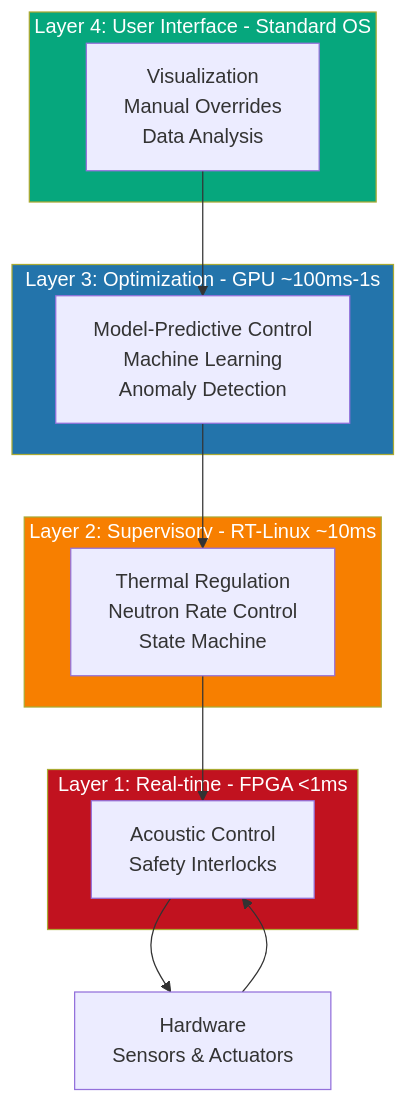
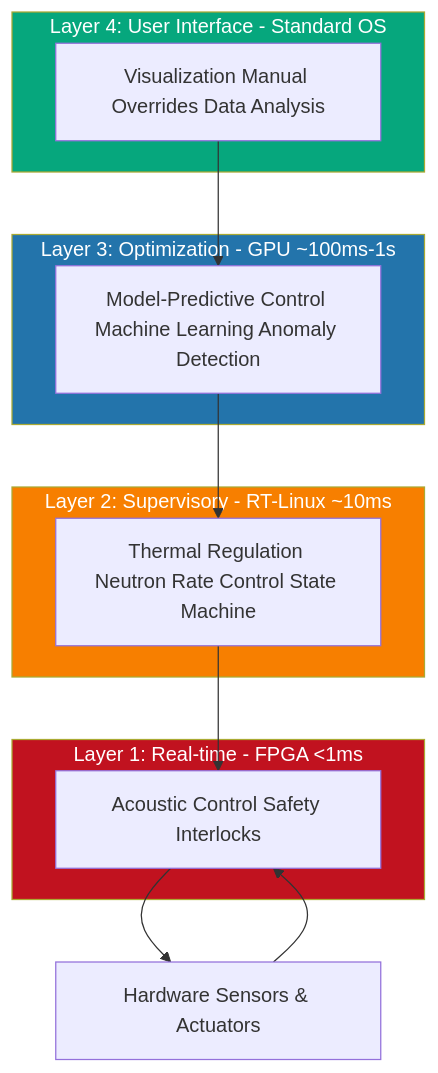
One commit to szemkoff/LAFRES changed the eighth of 11 diagrams in website/docs/system-architecture.md. Above: the diagram before and after it, drawn with Mermaid. The commit also changed other lines of this file and 7 other files, not shown here.

First line of the commit message:
Fix Mermaid diagram syntax - remove br tags

````diff
--- a/website/docs/system-architecture.md
+++ b/website/docs/system-architecture.md
@@ -400,29 +400,29 @@
 ```mermaid
 graph TB
     subgraph L4[Layer 4: User Interface - Standard OS]
-        UI[Visualization<br/>Manual Overrides<br/>Data Analysis]
+        UI[Visualization Manual Overrides Data Analysis]
     end
     
     subgraph L3[Layer 3: Optimization - GPU ~100ms-1s]
-        OPT[Model-Predictive Control<br/>Machine Learning<br/>Anomaly Detection]
+        OPT[Model-Predictive Control Machine Learning Anomaly Detection]
     end
     
     subgraph L2[Layer 2: Supervisory - RT-Linux ~10ms]
-        SUP[Thermal Regulation<br/>Neutron Rate Control<br/>State Machine]
+        SUP[Thermal Regulation Neutron Rate Control State Machine]
     end
     
     subgraph L1[Layer 1: Real-time - FPGA &lt;1ms]
-        RT[Acoustic Control<br/>Safety Interlocks]
+        RT[Acoustic Control Safety Interlocks]
     end
     
     UI --> OPT
     OPT --> SUP
     SUP --> RT
-    RT --> HW[Hardware<br/>Sensors & Actuators]
+    RT --> HW[Hardware Sensors & Actuators]
     HW --> RT
     
     style L1 fill:#c1121f,color:#fff
     style L2 fill:#f77f00,color:#fff
     style L3 fill:#2374ab,color:#fff
     style L4 fill:#06a77d,color:#fff
 ```
````
